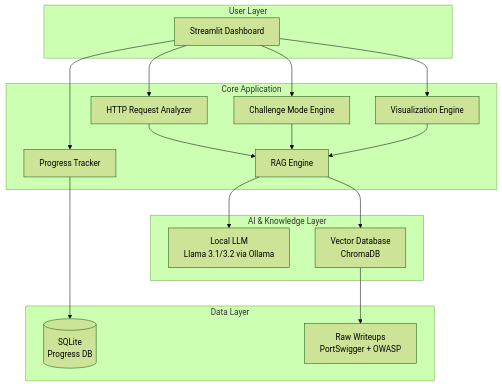
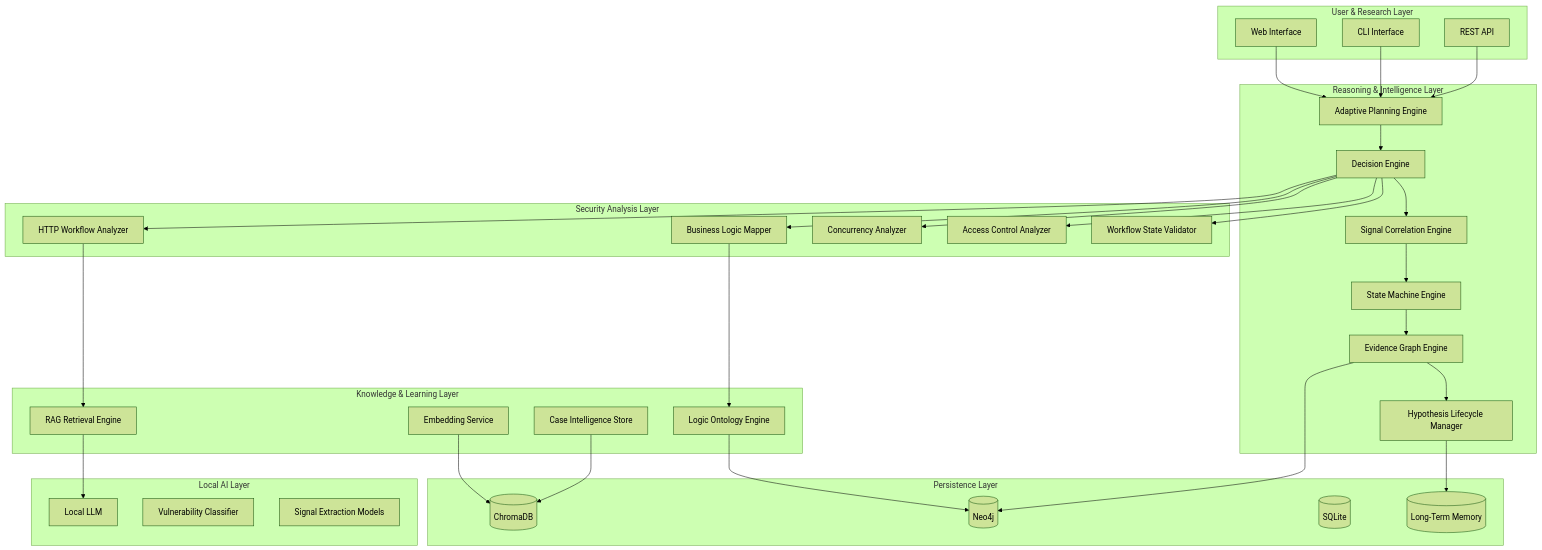
One commit to majd102-p/LogicLlama-Your-Personal-Business-Logic-Mentor changed the first of 2 diagrams in README.md. Above: the diagram before and after it, drawn with Mermaid (forest theme). The commit also changed other lines of this file, not shown here.

````diff
--- a/README.md
+++ b/README.md
@@ -37,38 +89,73 @@
 ```mermaid
 flowchart TB
-    subgraph User["User Layer"]
-        UI[Streamlit Dashboard]
+    subgraph UserLayer["User & Research Layer"]
+        UI[Web Interface]
+        CLI[CLI Interface]
+        API[REST API]
     end
 
-    subgraph Core["Core Application"]
-        Analyzer[HTTP Request Analyzer]
-        Challenge[Challenge Mode Engine]
-        RAG[RAG Engine]
-        Visual[Visualization Engine]
-        Progress[Progress Tracker]
+    subgraph Intelligence["Reasoning & Intelligence Layer"]
+        Planner[Adaptive Planning Engine]
+        Decision[Decision Engine]
+        Signals[Signal Correlation Engine]
+        State[State Machine Engine]
+        Evidence[Evidence Graph Engine]
+        Hypothesis[Hypothesis Lifecycle Manager]
     end
 
-    subgraph AI["AI & Knowledge Layer"]
-        LLM[Local LLM\nLlama 3.1/3.2 via Ollama]
-        VectorDB[Vector Database\nChromaDB]
+    subgraph Offensive["Security Analysis Layer"]
+        HTTP[HTTP Workflow Analyzer]
+        Logic[Business Logic Mapper]
+        Race[Concurrency Analyzer]
+        Access[Access Control Analyzer]
+        Workflow[Workflow State Validator]
     end
 
-    subgraph Data["Data Layer"]
-        SQLite[(SQLite\nProgress DB)]
-        RawData[Raw Writeups\nPortSwigger + OWASP]
+    subgraph Knowledge["Knowledge & Learning Layer"]
+        RAG[RAG Retrieval Engine]
+        Ontology[Logic Ontology Engine]
+        Embeddings[Embedding Service]
+        Cases[Case Intelligence Store]
     end
 
-    UI --> Analyzer
-    UI --> Challenge
-    UI --> Progress
-    UI --> Visual
+    subgraph AI["Local AI Layer"]
+        LLM[Local LLM]
+        Classifier[Vulnerability Classifier]
+        Extractor[Signal Extraction Models]
+    end
 
-    Analyzer --> RAG
-    Challenge --> RAG
+    subgraph Data["Persistence Layer"]
+        Vector[(ChromaDB)]
+        Graph[(Neo4j)]
+        SQLite[(SQLite)]
+        Memory[(Long-Term Memory)]
+    end
+
+    UI --> Planner
+    CLI --> Planner
+    API --> Planner
+
+    Planner --> Decision
+    Decision --> Signals
+    Signals --> State
+    State --> Evidence
+    Evidence --> Hypothesis
+
+    Decision --> HTTP
+    Decision --> Logic
+    Decision --> Race
+    Decision --> Access
+    Decision --> Workflow
+
+    HTTP --> RAG
+    Logic --> Ontology
+
     RAG --> LLM
-    RAG --> VectorDB
-    VectorDB --> RawData
+    Ontology --> Graph
 
-    Progress --> SQLite
-    Visual --> RAG
+    Embeddings --> Vector
+    Cases --> Vector
+
+    Evidence --> Graph
+    Hypothesis --> Memory
 ```
````
